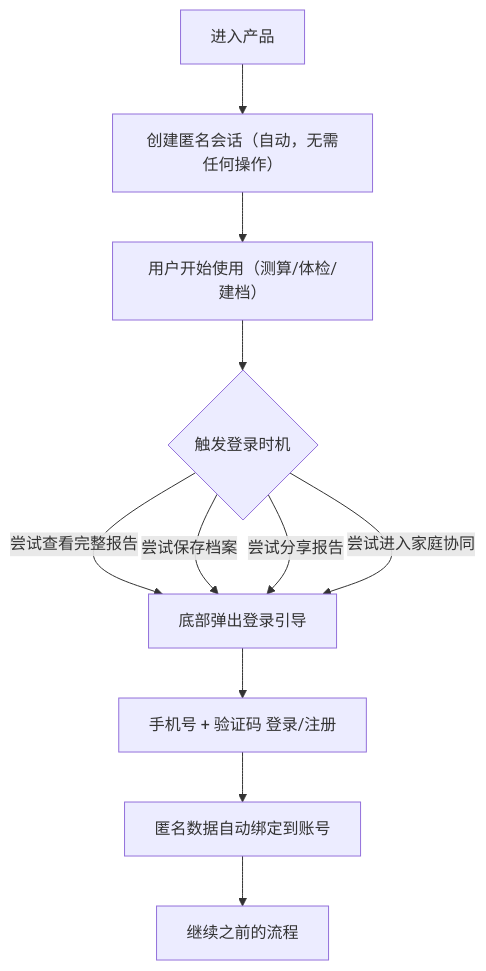
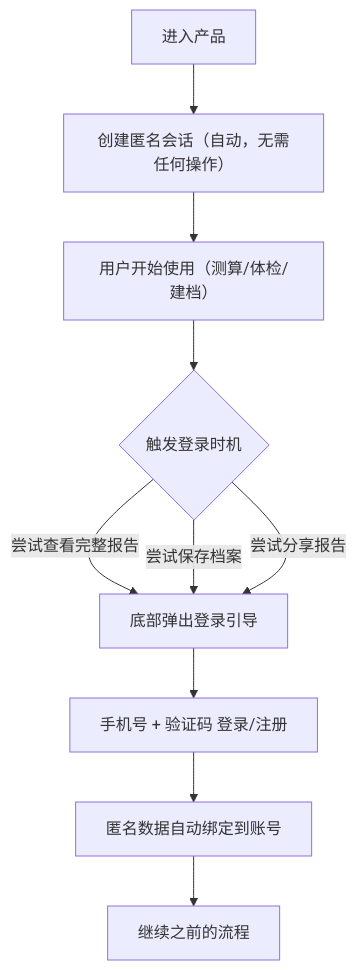
The fifth of 5 diagrams in docs/frontend-prd.md (debugzhao/jin-guide), drawn with Mermaid before and after one commit. The commit also changed other lines of this file and 2 other files, not shown here.

````diff
--- a/docs/frontend-prd.md
+++ b/docs/frontend-prd.md
@@ -259,13 +262,12 @@
 ```mermaid
 flowchart TD
   A["进入产品"] --> B["创建匿名会话（自动，无需任何操作）"]
   B --> C["用户开始使用（测算/体检/建档）"]
   C --> D{"触发登录时机"}
   D -- "尝试查看完整报告" --> E["底部弹出登录引导"]
   D -- "尝试保存档案" --> E
   D -- "尝试分享报告" --> E
-  D -- "尝试进入家庭协同" --> E
   E --> F["手机号 + 验证码 登录/注册"]
   F --> G["匿名数据自动绑定到账号"]
   G --> H["继续之前的流程"]
 ```
````
